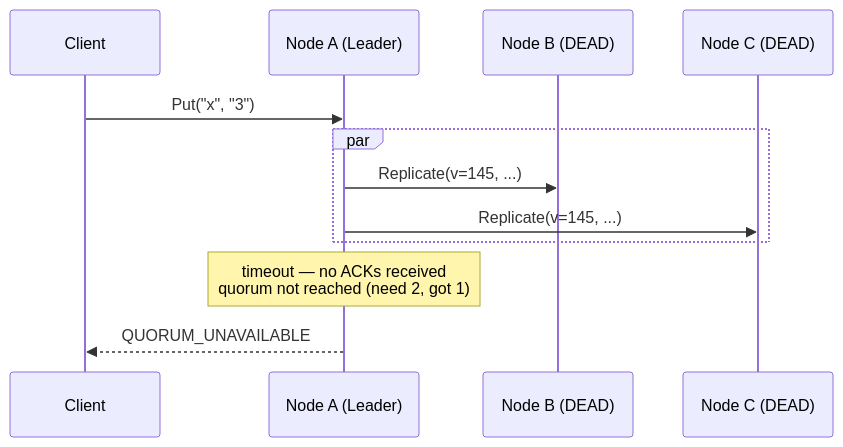
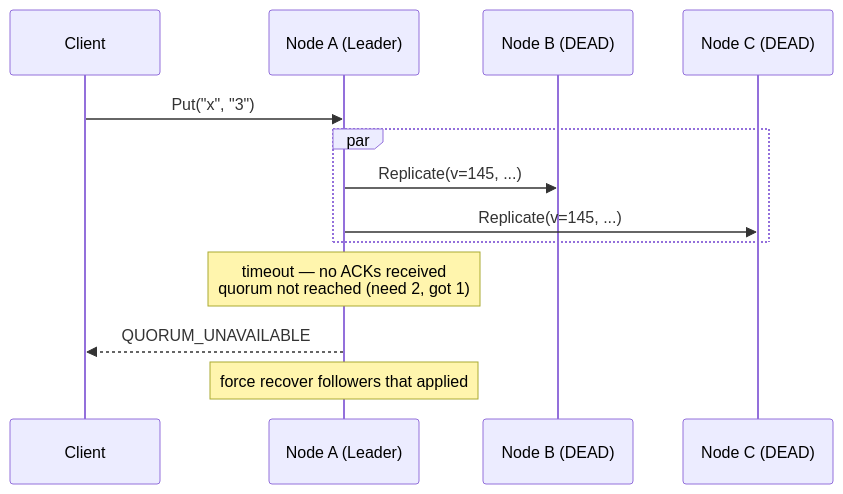
One commit to davecarr1024/doki changed the third of 9 diagrams in docs/replication.md. Above: the diagram before and after it, drawn with Mermaid. The commit also changed other lines of this file and 15 other files, not shown here.

````diff
--- a/docs/replication.md
+++ b/docs/replication.md
@@ -98,17 +93,18 @@
 ```mermaid
 sequenceDiagram
     participant CL as Client
     participant A as Node A (Leader)
     participant B as Node B (DEAD)
     participant C as Node C (DEAD)
 
     CL->>A: Put("x", "3")
     par
         A->>B: Replicate(v=145, ...)
         A->>C: Replicate(v=145, ...)
     end
 
     note over A: timeout — no ACKs received<br/>quorum not reached (need 2, got 1)
 
     A-->>CL: QUORUM_UNAVAILABLE
+    note over A: force recover followers that applied
 ```
````
